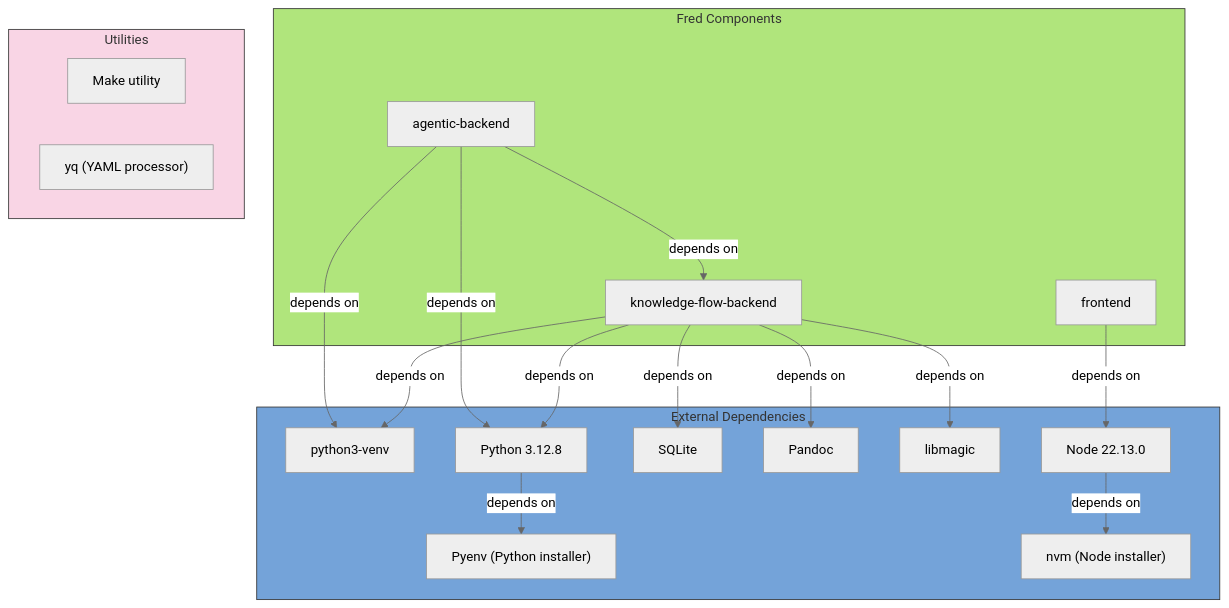
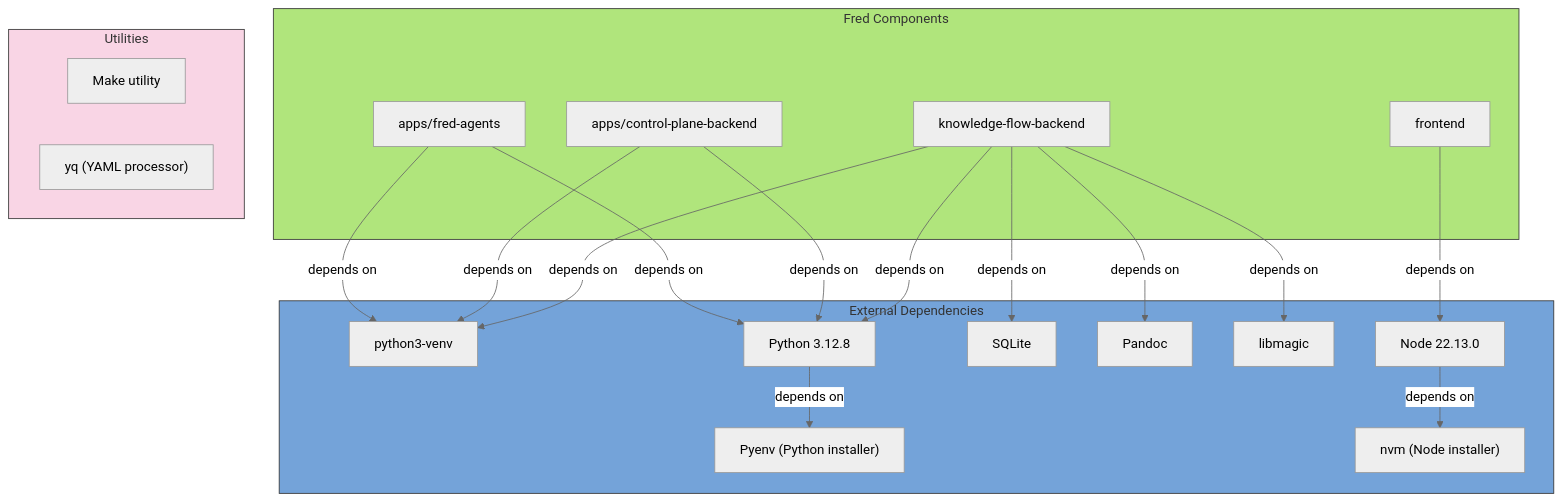
The diagram in README.md (ThalesGroup/fred), drawn with Mermaid (neutral theme) before and after one commit. The commit also changed other lines of this file and 4 other files, not shown here.

````diff
--- a/README.md
+++ b/README.md
@@ -151,44 +137,46 @@
 ```mermaid
 graph TD
     subgraph FredComponents["Fred Components"]
       style FredComponents fill:#b0e57c,stroke:#333,stroke-width:2px  %% Green Color
-        Agentic["agentic-backend"]
+        FredAgents["apps/fred-agents"]
+        ControlPlane["apps/control-plane-backend"]
         Knowledge["knowledge-flow-backend"]
         Frontend["frontend"]
     end
 
     subgraph ExternalDependencies["External Dependencies"]
       style ExternalDependencies fill:#74a3d9,stroke:#333,stroke-width:2px  %% Blue Color
         Venv["python3-venv"]
         Python["Python 3.12.8"]
         SQLite["SQLite"]
         Pandoc["Pandoc"]
         libmagic["libmagic"]
         Pyenv["Pyenv (Python installer)"]
         Node["Node 22.13.0"]
         NVM["nvm (Node installer)"]
     end
 
     subgraph Utilities["Utilities"]
       style Utilities fill:#f9d5e5,stroke:#333,stroke-width:2px  %% Pink Color
         Make["Make utility"]
         Yq["yq (YAML processor)"]
     end
 
-    Agentic -->|depends on| Python
-    Agentic -->|depends on| Knowledge
-    Agentic -->|depends on| Venv
+    FredAgents -->|depends on| Python
+    FredAgents -->|depends on| Venv
+    ControlPlane -->|depends on| Python
+    ControlPlane -->|depends on| Venv
 
     Knowledge -->|depends on| Python
     Knowledge -->|depends on| Venv
     Knowledge -->|depends on| Pandoc
     Knowledge -->|depends on| SQLite
     Knowledge -->|depends on| libmagic
 
     Frontend -->|depends on| Node
 
     Python -->|depends on| Pyenv
 
     Node -->|depends on| NVM
 
 ```
````
